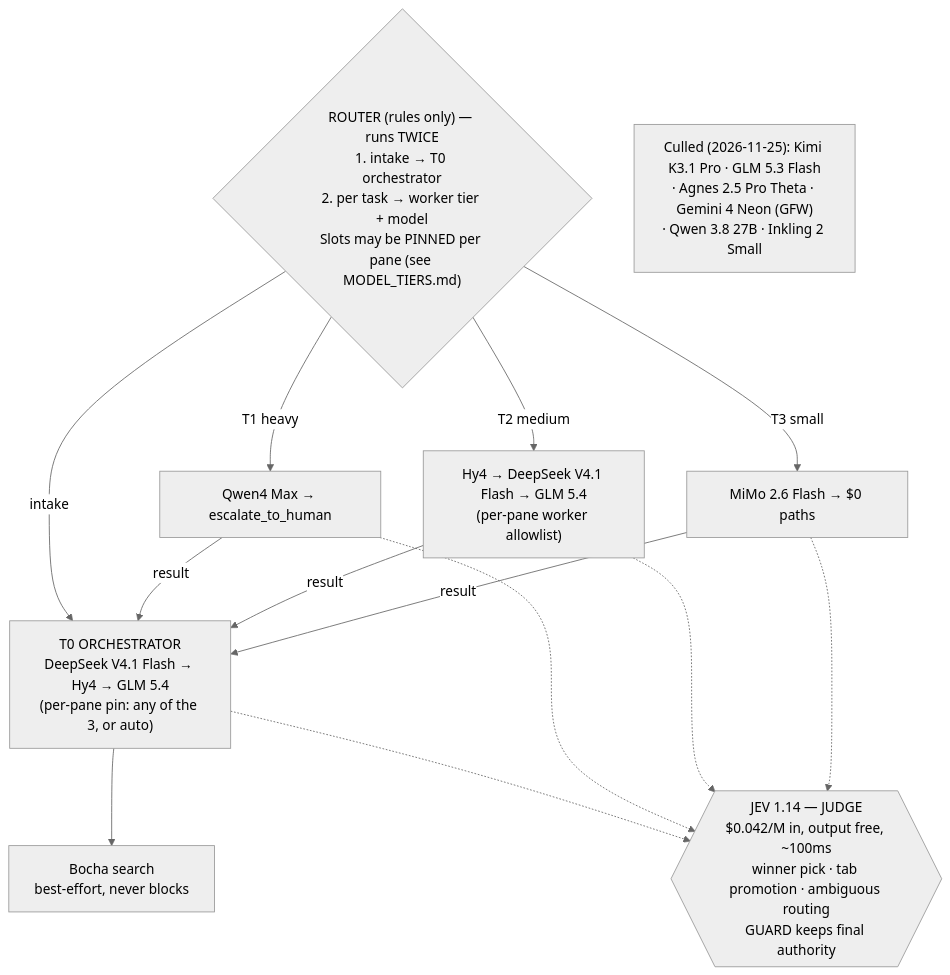
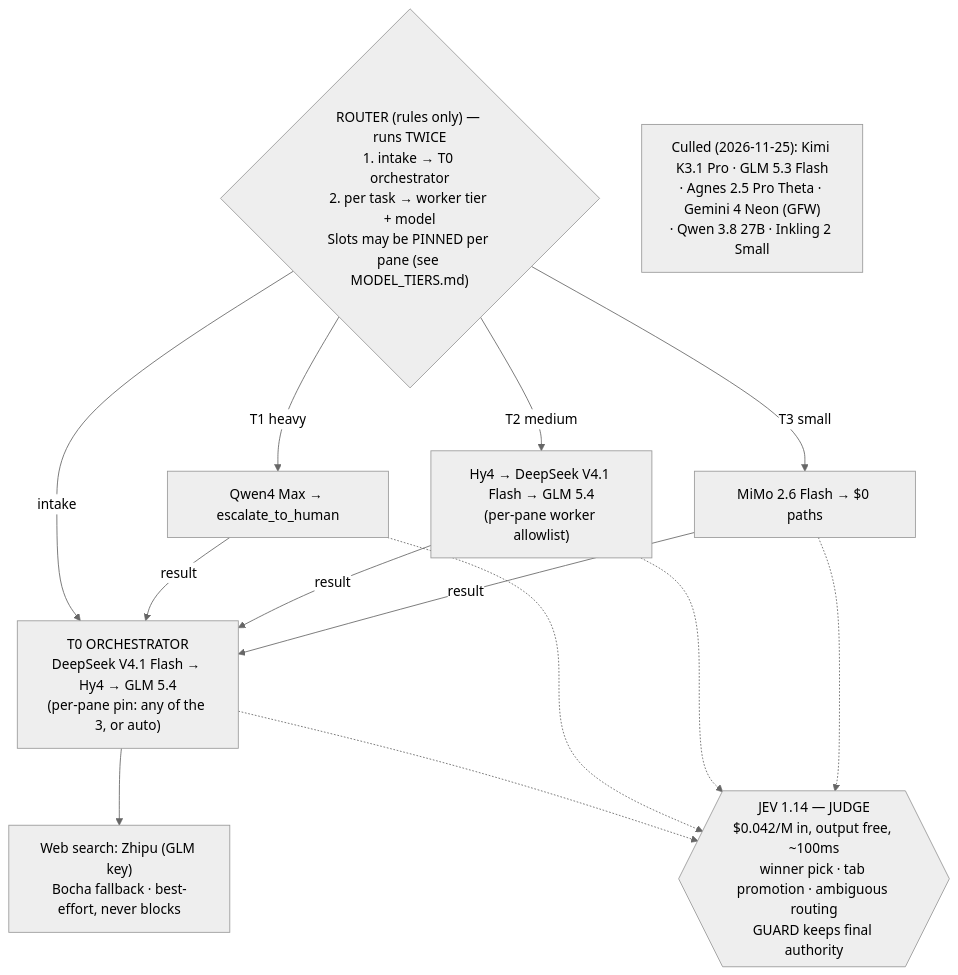
Before and after one commit to Daijay/si-console: the sixth of 10 diagrams in docs/ARCHITECTURE_DIAGRAMS.md, drawn with Mermaid (neutral theme). The commit also changed other lines of this file and 16 other files, not shown here.

First line of the commit message:
Web search on Zhipu (Z.ai) with the GLM key; Bocha becomes optional

````diff
--- a/docs/ARCHITECTURE_DIAGRAMS.md
+++ b/docs/ARCHITECTURE_DIAGRAMS.md
@@ -234,17 +234,17 @@
 ```mermaid
 flowchart TB
     R{"ROUTER (rules only) — runs TWICE<br/>1. intake → T0 orchestrator<br/>2. per task → worker tier + model<br/>Slots may be PINNED per pane (see MODEL_TIERS.md)"}
 
     R -->|intake| T0["T0 ORCHESTRATOR<br/>DeepSeek V4.1 Flash → Hy4 → GLM 5.4<br/>(per-pane pin: any of the 3, or auto)"]
 
     R -->|T3 small| T3["MiMo 2.6 Flash → $0 paths"]
     R -->|T2 medium| T2["Hy4 → DeepSeek V4.1 Flash → GLM 5.4<br/>(per-pane worker allowlist)"]
     R -->|T1 heavy| T1["Qwen4 Max → escalate_to_human"]
 
     T1 & T2 & T3 -->|result| T0
-    T0 --> B["Bocha search<br/>best-effort, never blocks"]
+    T0 --> B["Web search: Zhipu (GLM key)<br/>Bocha fallback · best-effort, never blocks"]
     J{{"JEV 1.14 — JUDGE<br/>$0.042/M in, output free, ~100ms<br/>winner pick · tab promotion · ambiguous routing<br/>GUARD keeps final authority"}}
     T0 -.-> J
     T1 & T2 & T3 -.-> J
     CULL["Culled (2026-11-25): Kimi K3.1 Pro · GLM 5.3 Flash<br/>· Agnes 2.5 Pro Theta · Gemini 4 Neon (GFW)<br/>· Qwen 3.8 27B · Inkling 2 Small"]
 ```
````
